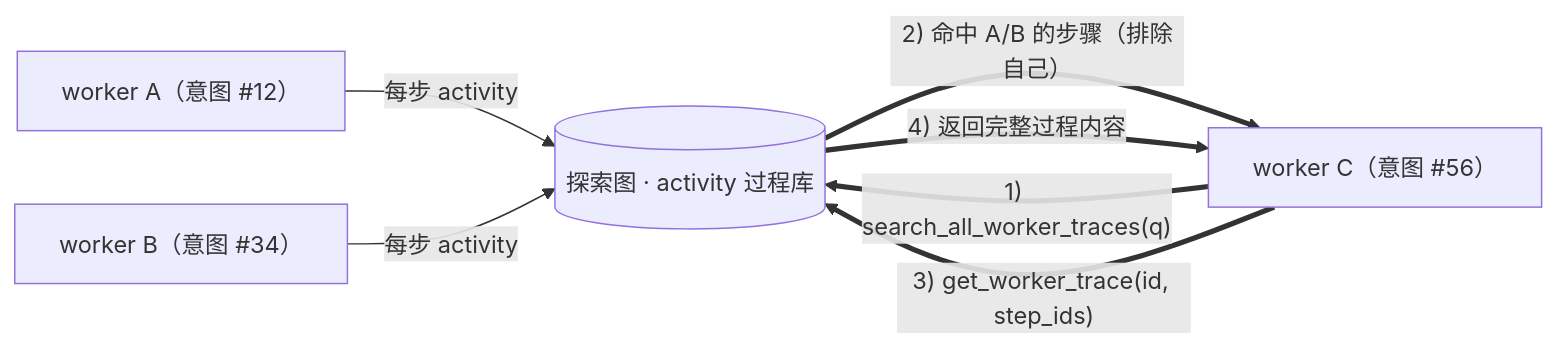
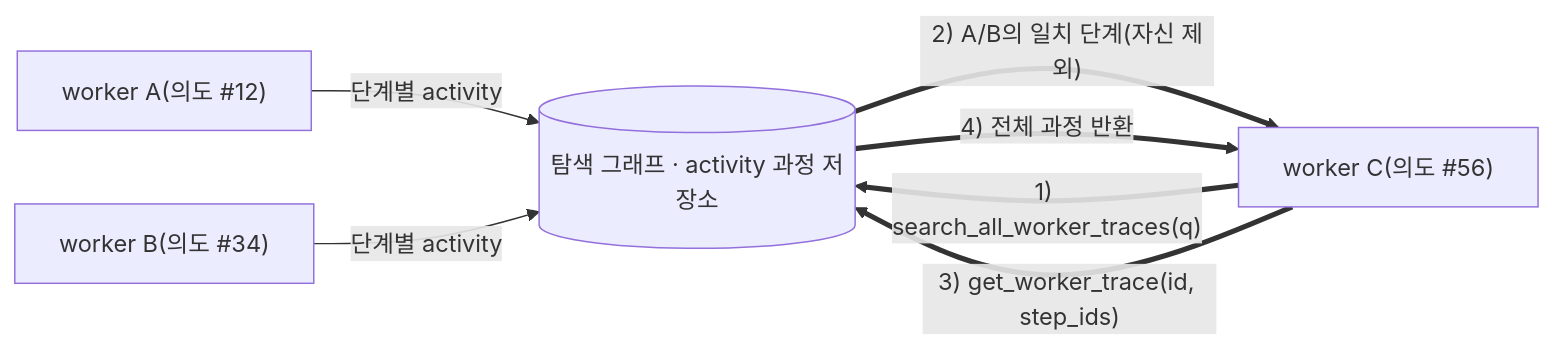
One commit to machossrc/ARTEX_KR changed the fourth of 5 diagrams in README.md. Above: the diagram before and after it, drawn with Mermaid. The commit also changed other lines of this file and 53 other files, not shown here.

````diff
--- a/README.md
+++ b/README.md
@@ -417,9 +416,9 @@
 ```mermaid
 flowchart LR
-  WA["worker A（意图 #12）"] -->|"每步 activity"| ACT[("探索图 · activity 过程库")]
-  WB["worker B（意图 #34）"] -->|"每步 activity"| ACT
-  WC["worker C（意图 #56）"] ==>|"1) search_all_worker_traces(q)"| ACT
-  ACT ==>|"2) 命中 A/B 的步骤（排除自己）"| WC
+  WA["worker A(의도 #12)"] -->|"단계별 activity"| ACT[("탐색 그래프 · activity 과정 저장소")]
+  WB["worker B(의도 #34)"] -->|"단계별 activity"| ACT
+  WC["worker C(의도 #56)"] ==>|"1) search_all_worker_traces(q)"| ACT
+  ACT ==>|"2) A/B의 일치 단계(자신 제외)"| WC
   WC ==>|"3) get_worker_trace(id, step_ids)"| ACT
-  ACT ==>|"4) 返回完整过程内容"| WC
+  ACT ==>|"4) 전체 과정 반환"| WC
 ```
````
